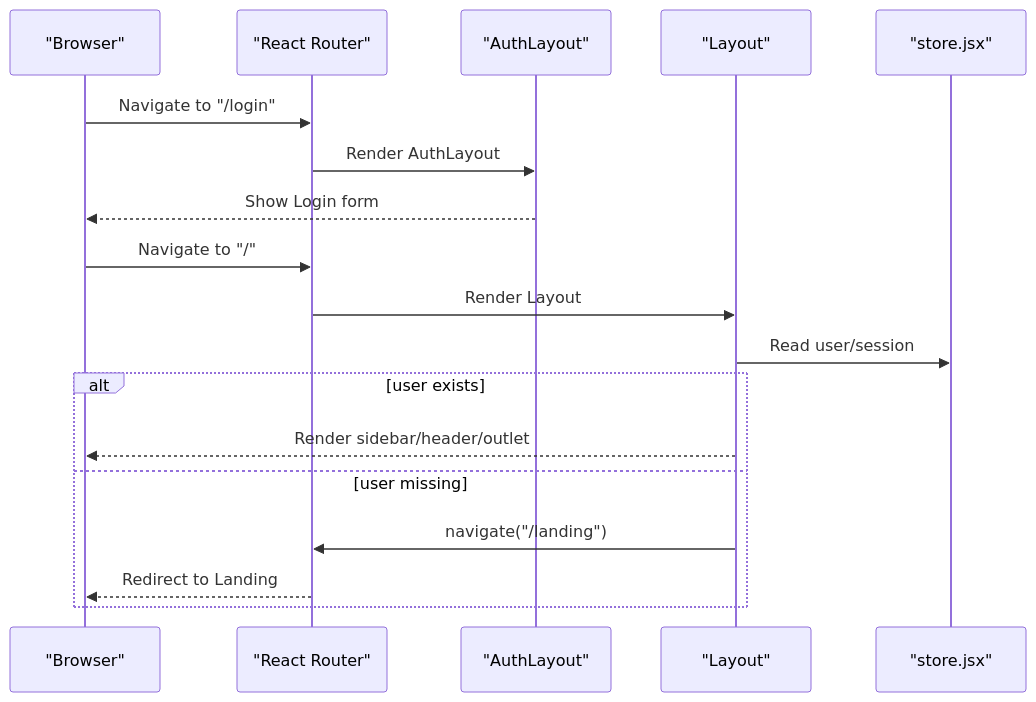
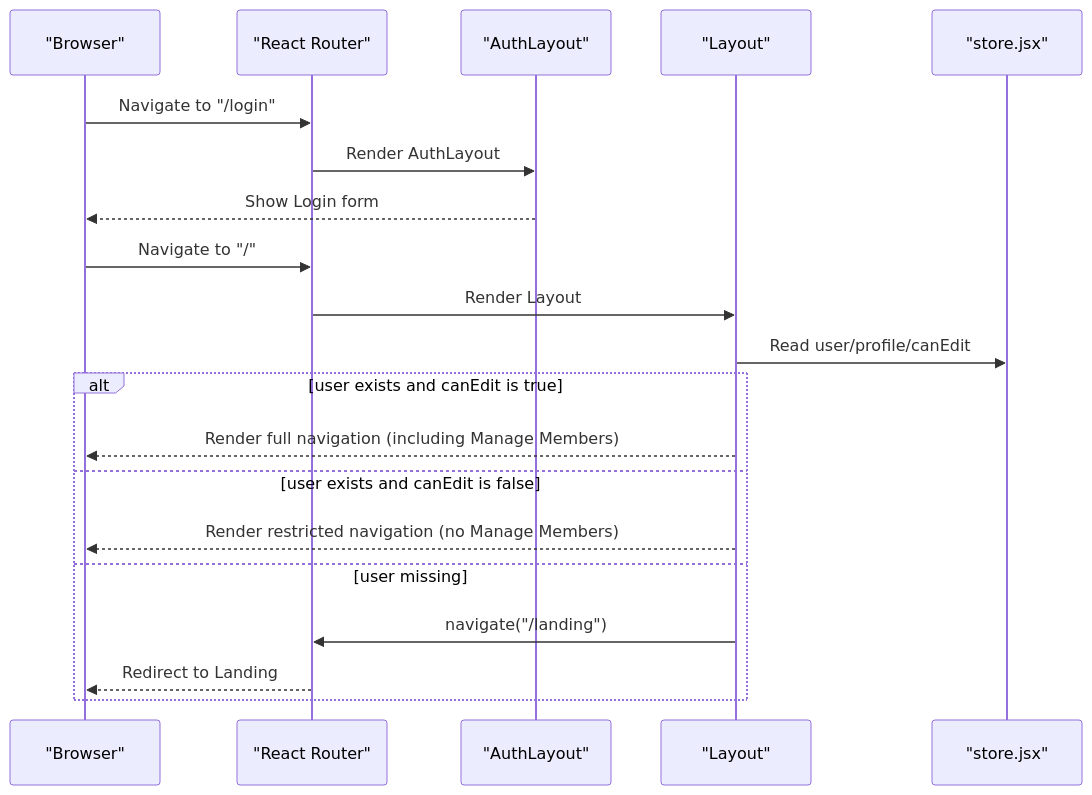
The second of 5 diagrams in .qoder/repowiki/en/content/Component Architecture/Layout System.md (netdaniel/serveflow), drawn with Mermaid before and after one commit. The commit also changed other lines of this file and 15 other files, not shown here.

````diff
--- a/.qoder/repowiki/en/content/Component Architecture/Layout System.md
+++ b/.qoder/repowiki/en/content/Component Architecture/Layout System.md
@@ -118,20 +131,22 @@
 ```mermaid
 sequenceDiagram
 participant Browser as "Browser"
 participant Router as "React Router"
 participant AuthLayout as "AuthLayout"
 participant Layout as "Layout"
 participant Store as "store.jsx"
 Browser->>Router : Navigate to "/login"
 Router->>AuthLayout : Render AuthLayout
 AuthLayout-->>Browser : Show Login form
 Browser->>Router : Navigate to "/"
 Router->>Layout : Render Layout
-Layout->>Store : Read user/session
-alt user exists
-Layout-->>Browser : Render sidebar/header/outlet
+Layout->>Store : Read user/profile/canEdit
+alt user exists and canEdit is true
+Layout-->>Browser : Render full navigation (including Manage Members)
+else user exists and canEdit is false
+Layout-->>Browser : Render restricted navigation (no Manage Members)
 else user missing
 Layout->>Router : navigate("/landing")
 Router-->>Browser : Redirect to Landing
 end
 ```
````
